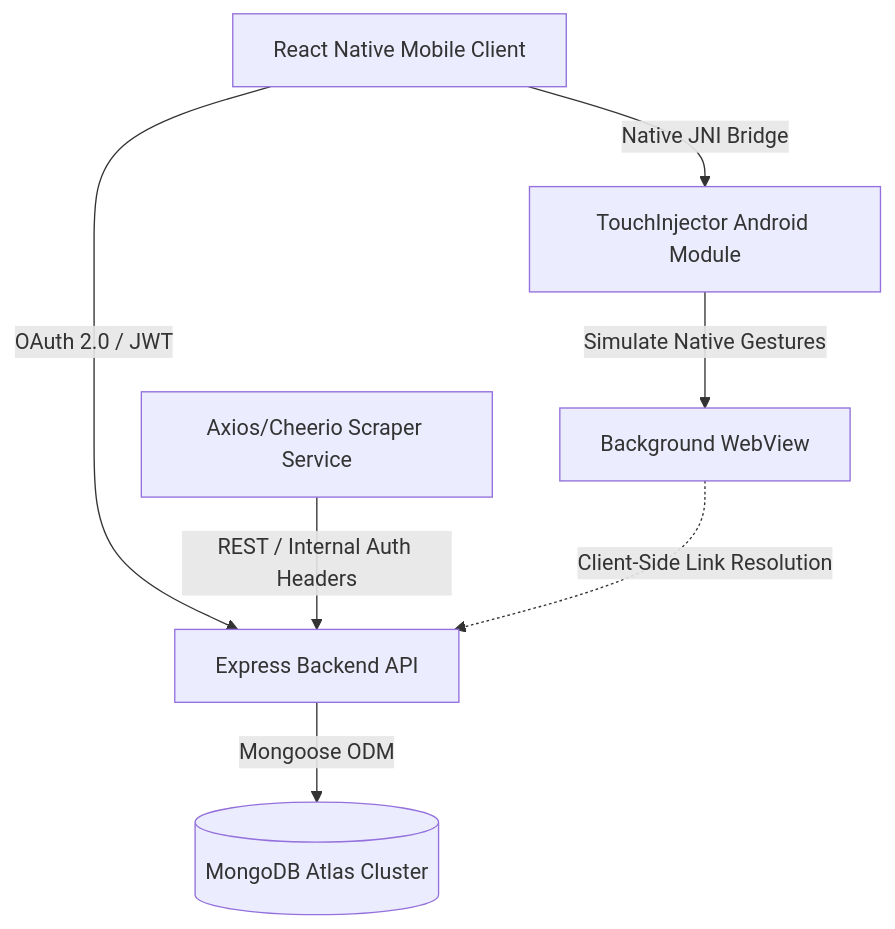
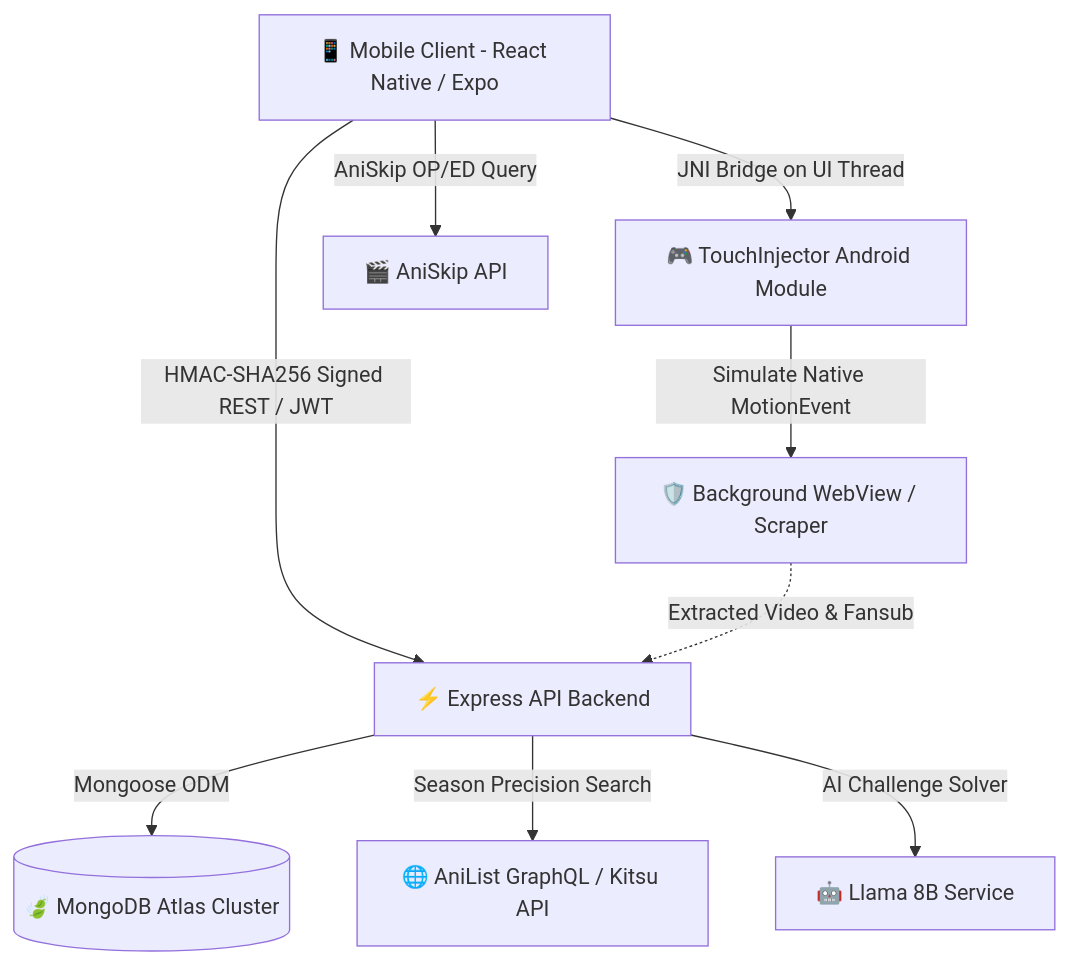
One commit to Bedirhan3428/clofthel-backend changed the diagram in README.md. Above: the diagram before and after it, drawn with Mermaid. The commit also changed other lines of this file and 4 other files, not shown here.

Commit message:
docs: enrich README with Clofthel logo, detailed architecture breakdown, and implement dynamic versioning from app.json v1.4.0

````diff
--- a/README.md
+++ b/README.md
@@ -11,9 +26,11 @@
 ```mermaid
 graph TD
-    A[React Native Mobile Client] -->|OAuth 2.0 / JWT| B[Express Backend API]
-    A -->|Native JNI Bridge| F[TouchInjector Android Module]
-    F -->|Simulate Native Gestures| G[Background WebView]
-    C[Axios/Cheerio Scraper Service] -->|REST / Internal Auth Headers| B
-    B -->|Mongoose ODM| D[(MongoDB Atlas Cluster)]
-    G -.->|Client-Side Link Resolution| B
+    A[📱 Mobile Client - React Native / Expo] -->|HMAC-SHA256 Signed REST / JWT| B[⚡ Express API Backend]
+    A -->|JNI Bridge on UI Thread| C[🎮 TouchInjector Android Module]
+    C -->|Simulate Native MotionEvent| D[🛡️ Background WebView / Scraper]
+    B -->|Mongoose ODM| E[(🍃 MongoDB Atlas Cluster)]
+    B -->|Season Precision Search| F[🌐 AniList GraphQL / Kitsu API]
+    B -->|AI Challenge Solver| G[🤖 Llama 8B Service]
+    D -.->|Extracted Video & Fansub| B
+    A -->|AniSkip OP/ED Query| H[🎬 AniSkip API]
 ```
````
